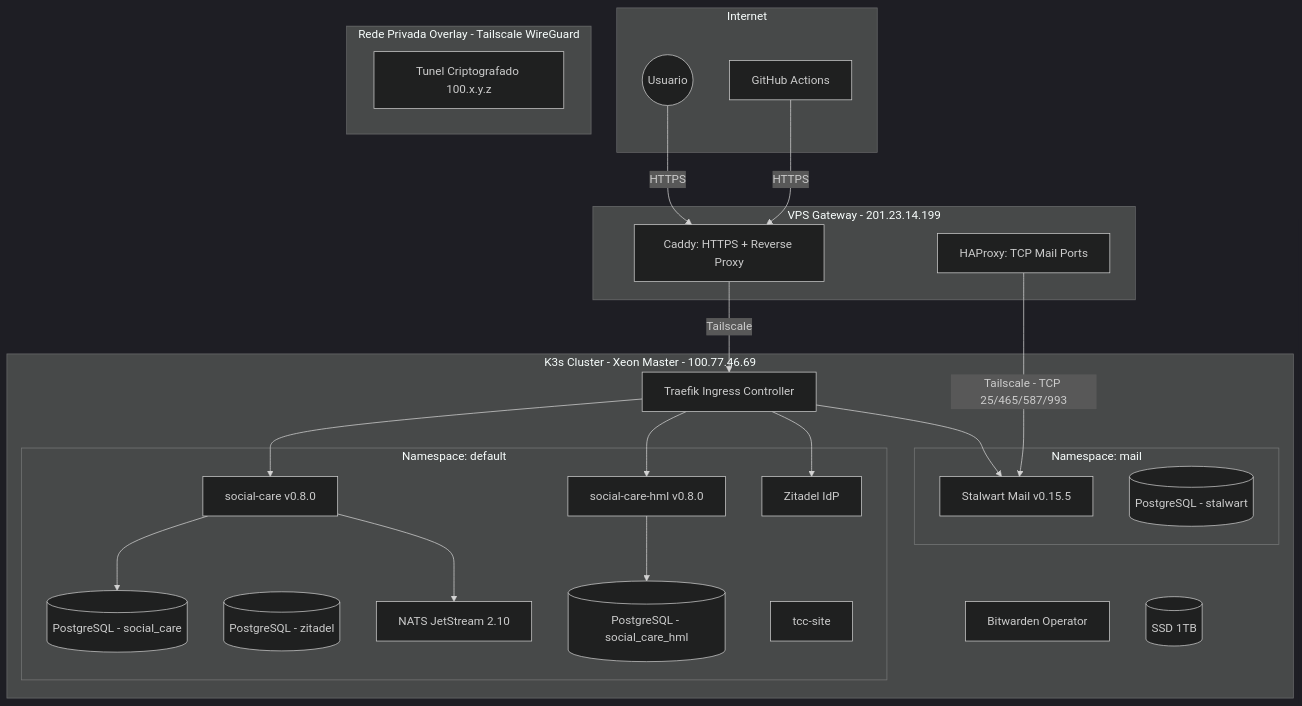
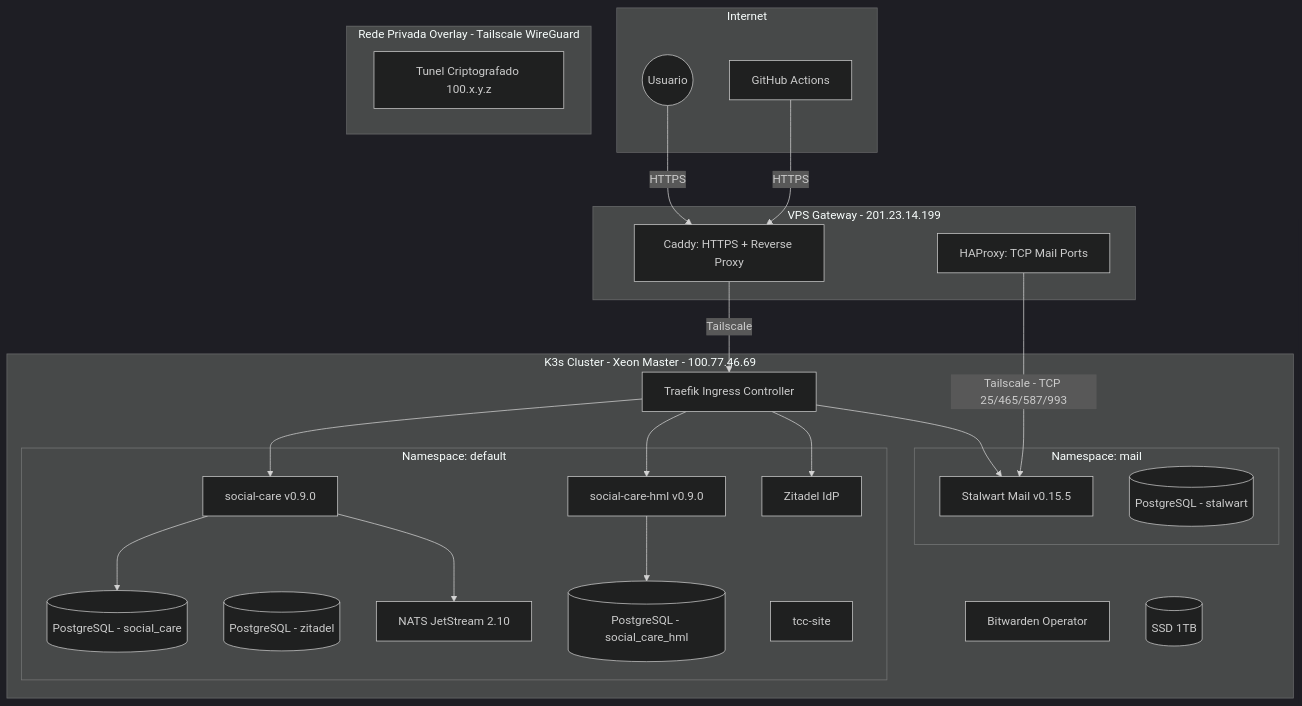
One commit to acdgbrasil/edge-cloud-infra changed the diagram in docs/ARCHITECTURE.md. Above: the diagram before and after it, drawn with Mermaid (dark theme). The commit also changed other lines of this file and 3 other files, not shown here.

First line of the commit message:
chore: bump social-care to v0.9.0 (prod + hml)

````diff
--- a/docs/ARCHITECTURE.md
+++ b/docs/ARCHITECTURE.md
@@ -11,51 +11,51 @@
 ```mermaid
 graph TD
     subgraph Internet
         User((Usuario))
         CI[GitHub Actions]
     end
 
     subgraph VPS[VPS Gateway - 201.23.14.199]
         Caddy[Caddy: HTTPS + Reverse Proxy]
         HAProxy[HAProxy: TCP Mail Ports]
     end
 
     subgraph Tailnet[Rede Privada Overlay - Tailscale WireGuard]
         T1[Tunel Criptografado 100.x.y.z]
     end
 
     subgraph K3s[K3s Cluster - Xeon Master - 100.77.46.69]
         Traefik[Traefik Ingress Controller]
 
         subgraph Apps[Namespace: default]
-            SC[social-care v0.8.0]
-            SC_HML[social-care-hml v0.8.0]
+            SC[social-care v0.9.0]
+            SC_HML[social-care-hml v0.9.0]
             PG_Main[(PostgreSQL - social_care)]
             PG_Zitadel[(PostgreSQL - zitadel)]
             PG_HML[(PostgreSQL - social_care_hml)]
             NATS[NATS JetStream 2.10]
             Zitadel[Zitadel IdP]
             TCC[tcc-site]
         end
 
         subgraph Mail[Namespace: mail]
             Stalwart[Stalwart Mail v0.15.5]
             PG_Mail[(PostgreSQL - stalwart)]
         end
 
         BW[Bitwarden Operator]
         SSD[(SSD 1TB)]
     end
 
     User -->|HTTPS| Caddy
     CI -->|HTTPS| Caddy
     Caddy -->|Tailscale| Traefik
     HAProxy -->|Tailscale - TCP 25/465/587/993| Stalwart
     Traefik --> SC
     Traefik --> SC_HML
     Traefik --> Zitadel
     Traefik --> Stalwart
     SC --> PG_Main
     SC --> NATS
     SC_HML --> PG_HML
 ```
````
